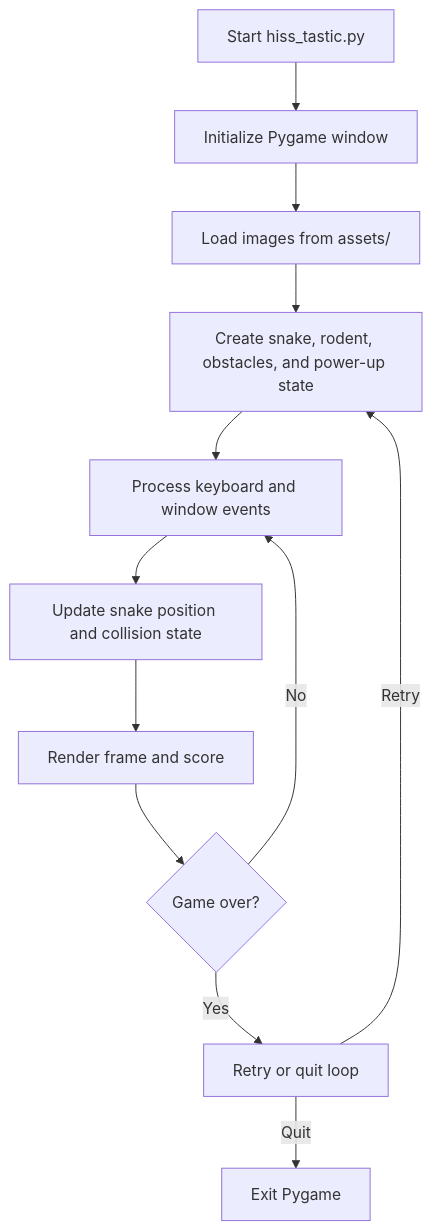
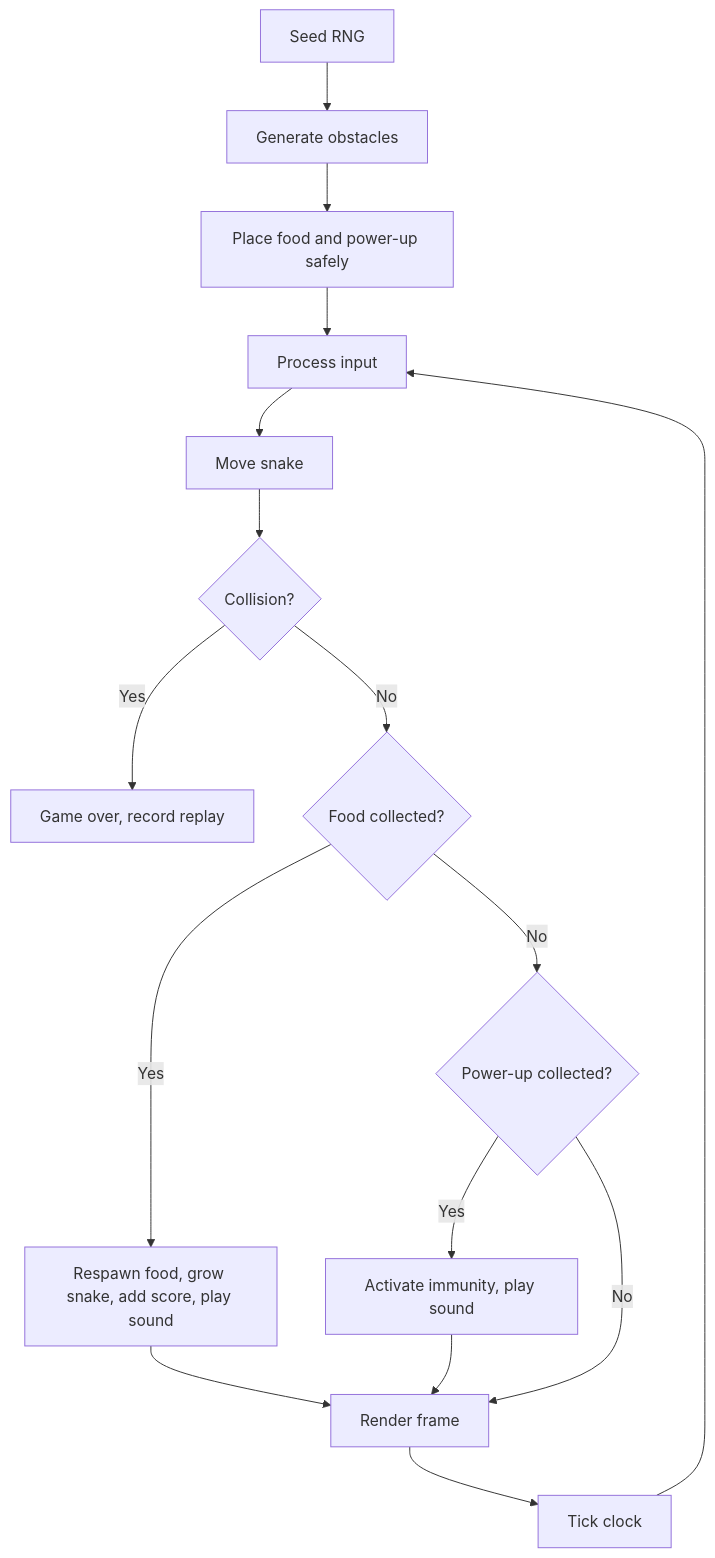
Before and after one commit to sparshsam/hisstastic: the third of 4 diagrams in ARCHITECTURE.md, drawn with Mermaid. The commit also changed other lines of this file and 24 other files, not shown here.

````diff
--- a/ARCHITECTURE.md
+++ b/ARCHITECTURE.md
@@ -15,14 +67,18 @@
 ```mermaid
 flowchart TD
-    A["Start hiss_tastic.py"] --> B["Initialize Pygame window"]
-    B --> C["Load images from assets/"]
-    C --> D["Create snake, rodent, obstacles, and power-up state"]
-    D --> E["Process keyboard and window events"]
-    E --> F["Update snake position and collision state"]
-    F --> G["Render frame and score"]
-    G --> H{"Game over?"}
-    H -- "No" --> E
-    H -- "Yes" --> I["Retry or quit loop"]
-    I -- "Retry" --> D
-    I -- "Quit" --> J["Exit Pygame"]
+    A["Seed RNG"] --> B["Generate obstacles"]
+    B --> C["Place food and power-up safely"]
+    C --> D["Process input"]
+    D --> E["Move snake"]
+    E --> F{"Collision?"}
+    F -->|Yes| G["Game over, record replay"]
+    F -->|No| H{"Food collected?"}
+    H -->|Yes| I["Respawn food, grow snake, add score, play sound"]
+    H -->|No| J{"Power-up collected?"}
+    J -->|Yes| K["Activate immunity, play sound"]
+    J -->|No| L["Render frame"]
+    I --> L
+    K --> L
+    L --> M["Tick clock"]
+    M --> D
 ```
````
